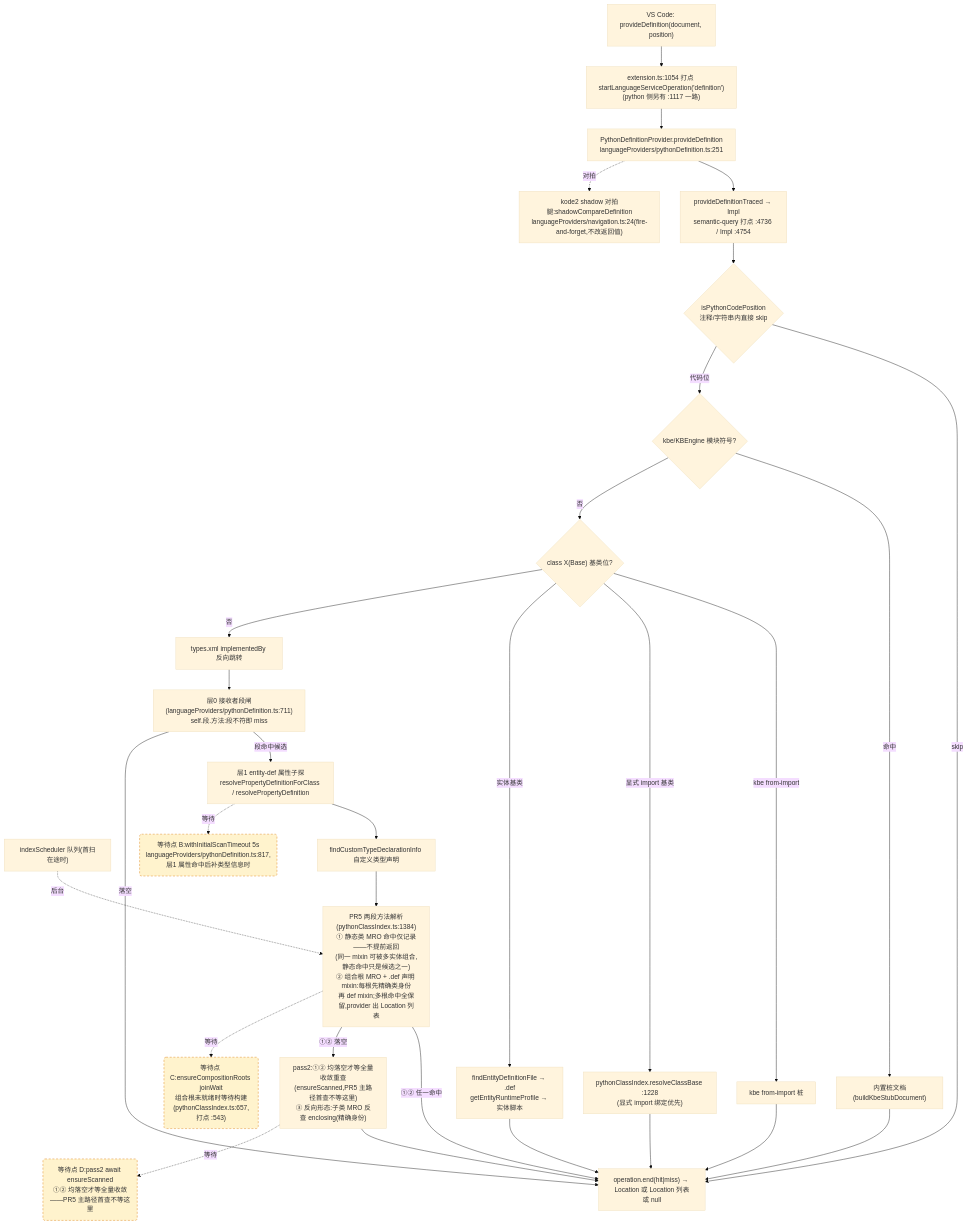
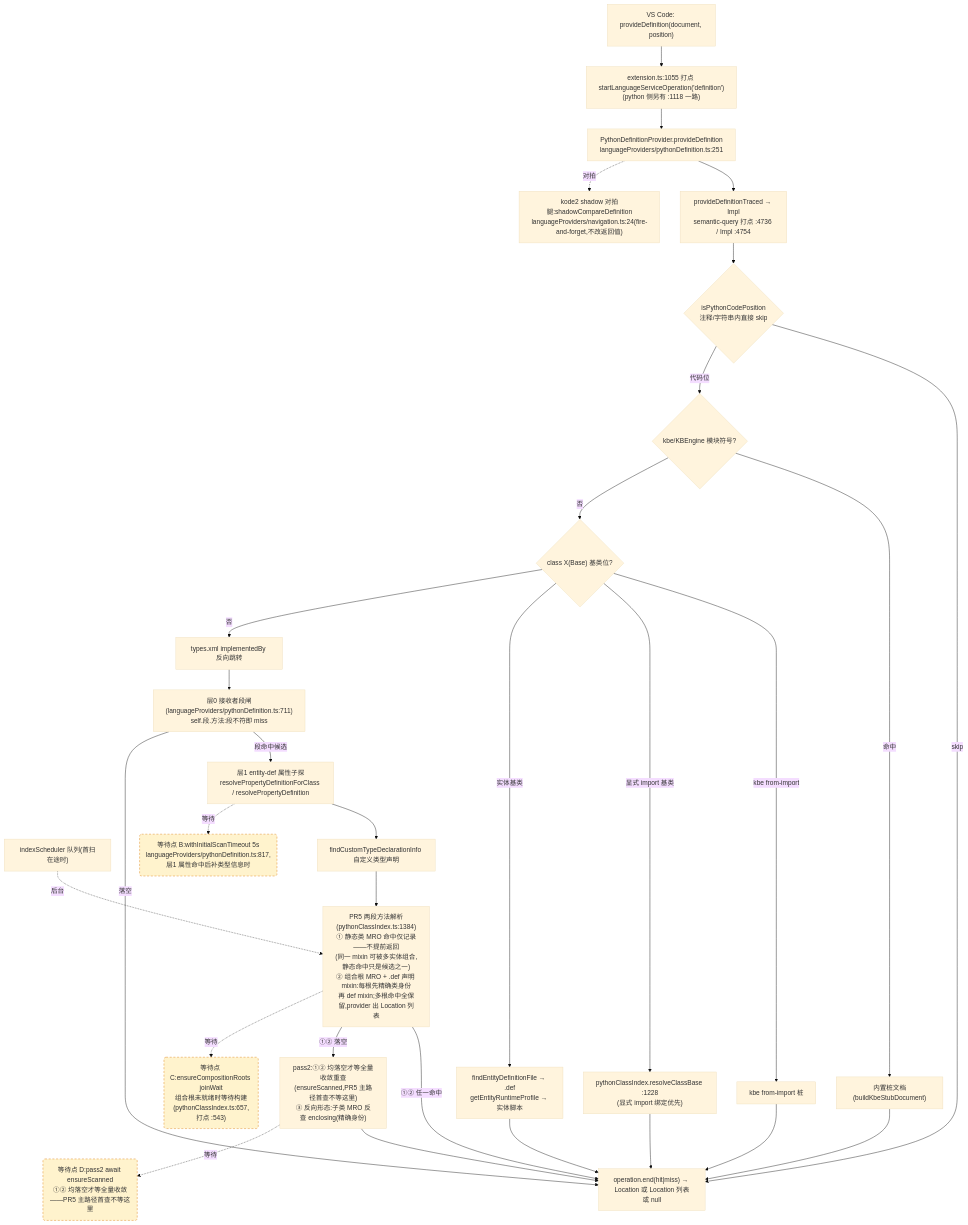
One commit to cuihairu/kode changed the second of 4 diagrams in docs/perf/2026-baseline.md. Above: the diagram before and after it, drawn with Mermaid (base theme). The commit also changed other lines of this file and 28 other files, not shown here.

````diff
--- a/docs/perf/2026-baseline.md
+++ b/docs/perf/2026-baseline.md
@@ -130,51 +130,51 @@
 ```mermaid
 flowchart TD
   VC2["VS Code: provideDefinition(document, position)"]
-  M2["extension.ts:1054 打点 startLanguageServiceOperation('definition')<br/>(python 侧另有 :1117 一路)"]
+  M2["extension.ts:1055 打点 startLanguageServiceOperation('definition')<br/>(python 侧另有 :1118 一路)"]
   AD2["PythonDefinitionProvider.provideDefinition<br/>languageProviders/pythonDefinition.ts:251"]
   TR["provideDefinitionTraced → Impl<br/>semantic-query 打点 :4736 / Impl :4754"]
   CTX{"isPythonCodePosition<br/>注释/字符串内直接 skip"}
   KBE{"kbe/KBEngine 模块符号?"}
   STUB["内置桩文档(buildKbeStubDocument)"]
   CB{"class X(Base) 基类位?"}
   CB1["kbe from-import 桩"]
   CB2["pythonClassIndex.resolveClassBase :1228<br/>(显式 import 绑定优先)"]
   CB3["findEntityDefinitionFile → .def<br/>getEntityRuntimeProfile → 实体脚本"]
   REV["types.xml implementedBy 反向跳转"]
   L0["层0 接收者段闸(languageProviders/pythonDefinition.ts:711)<br/>self.段.方法:段不符即 miss"]
   L1["层1 entity-def 属性子探<br/>resolvePropertyDefinitionForClass / resolvePropertyDefinition"]
   SCAN["indexScheduler 队列(首扫在途时)"]
   TY["findCustomTypeDeclarationInfo 自定义类型声明"]
   MRO["PR5 两段方法解析(pythonClassIndex.ts:1384)<br/>① 静态类 MRO 命中仅记录——不提前返回<br/>(同一 mixin 可被多实体组合,静态命中只是候选之一)<br/>② 组合根 MRO + .def 声明 mixin:每根先精确类身份<br/>再 def mixin;多根命中全保留,provider 出 Location 列表"]
   PASS2["pass2:①② 均落空才等全量收敛重查<br/>(ensureScanned,PR5 主路径首查不等这里)<br/>③ 反向形态:子类 MRO 反查 enclosing(精确身份)"]
   SHD["kode2 shadow 对拍腿:shadowCompareDefinition<br/>languageProviders/navigation.ts:24(fire-and-forget,不改返回值)"]
   END2["operation.end(hit|miss) → Location 或 Location 列表或 null"]
 
   VC2 --> M2 --> AD2 --> TR --> CTX
   CTX -- "skip" --> END2
   CTX -- "代码位" --> KBE
   KBE -- "命中" --> STUB --> END2
   KBE -- "否" --> CB
   CB -- "kbe from-import" --> CB1 --> END2
   CB -- "显式 import 基类" --> CB2 --> END2
   CB -- "实体基类" --> CB3 --> END2
   CB -- "否" --> REV --> L0
   L0 -- "段命中候选" --> L1
   L0 -- "落空" --> END2
   L1 --> TY
   TY --> MRO
   MRO -- "①② 任一命中" --> END2
   MRO -- "①② 落空" --> PASS2 --> END2
   AD2 -.->|对拍| SHD
 
   WAITB("等待点 B:withInitialScanTimeout 5s<br/>languageProviders/pythonDefinition.ts:817,层1 属性命中后补类型信息时")
   WAITC("等待点 C:ensureCompositionRoots joinWait<br/>组合根未就绪时等待构建(pythonClassIndex.ts:657,打点 :543)")
   WAITD("等待点 D:pass2 await ensureScanned<br/>①② 均落空才等全量收敛——PR5 主路径首查不等这里")
   L1 -.->|等待| WAITB
   MRO -.->|等待| WAITC
   PASS2 -.->|等待| WAITD
   SCAN -.->|后台| MRO
 
   classDef waitPoint fill:#fff3cd,stroke:#d97706,stroke-dasharray:5 4;
   class WAITB,WAITC,WAITD waitPoint;
 ```
````
